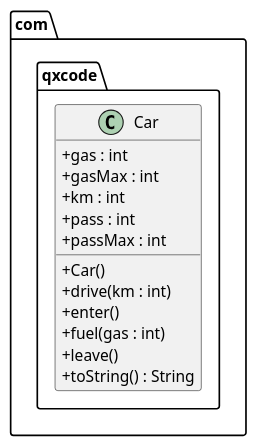
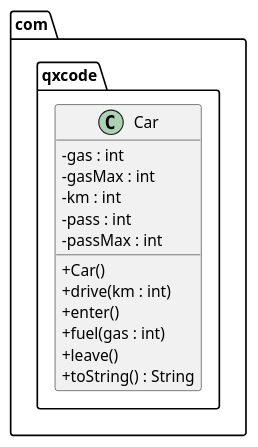
Before and after one commit to Atilio-Luiz/poo_2022_1: the diagram in Trabalhos/001/diagrama.puml, drawn with PlantUML.

```diff
--- a/Trabalhos/001/diagrama.puml
+++ b/Trabalhos/001/diagrama.puml
@@ -1,19 +1,19 @@
 @startuml
 skinparam ClassAttributeIconSize 0
 package com.qxcode {
   class Car {
-    + gas : int
-    + gasMax : int
-    + km : int
-    + pass : int
-    + passMax : int
+    - gas : int
+    - gasMax : int
+    - km : int
+    - pass : int
+    - passMax : int
     __
     + Car()
     + drive(km : int)
     + enter()
     + fuel(gas : int)
     + leave()
     + toString() : String
   }
 }
 @enduml
```
